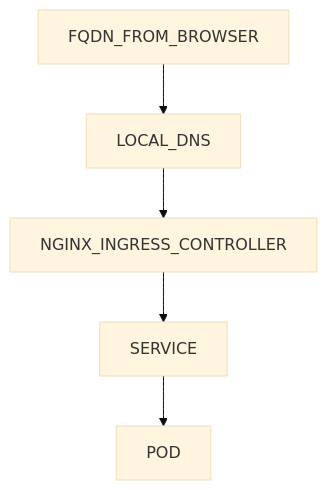
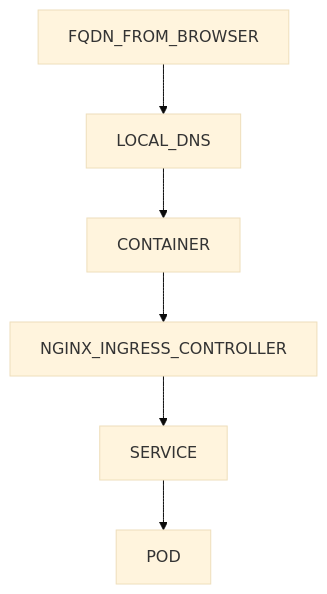
Before and after one commit to K-T-Ng/kubernetes-playground: the diagram in README.md, drawn with Mermaid (base theme). The commit also changed other lines of this file and 12 other files, not shown here.

````diff
--- a/README.md
+++ b/README.md
@@ -46,7 +48,4 @@
 ```mermaid
 graph TD;
-   FQDN_FROM_BROWSER-->LOCAL_DNS;
-   LOCAL_DNS-->NGINX_INGRESS_CONTROLLER;
-   NGINX_INGRESS_CONTROLLER-->SERVICE;
-   SERVICE-->POD
+   FQDN_FROM_BROWSER-->LOCAL_DNS-->CONTAINER-->NGINX_INGRESS_CONTROLLER-->SERVICE-->POD;
 ```
````
